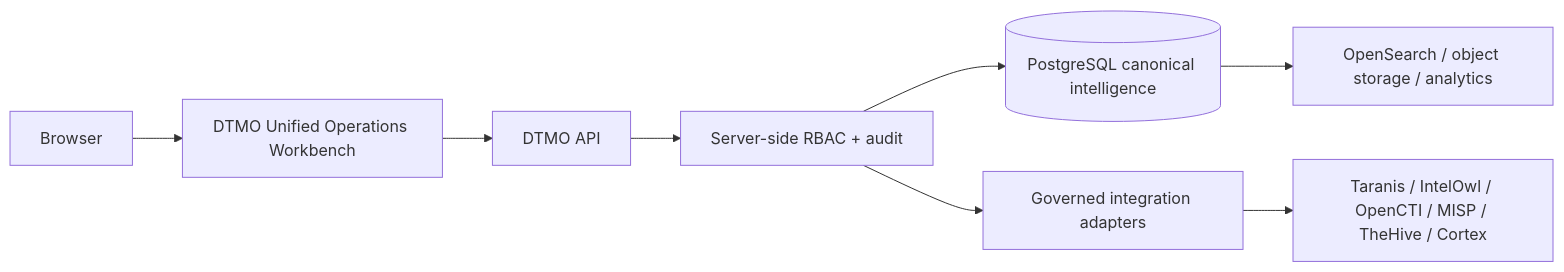
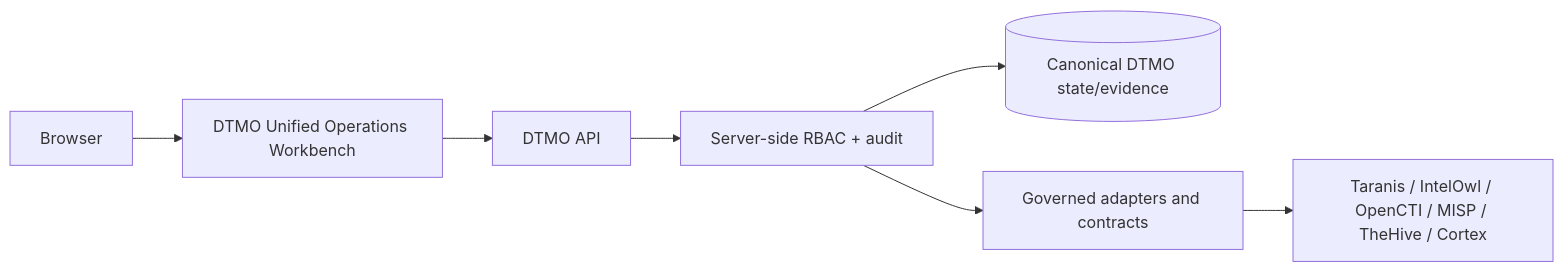
The diagram in README.md (GJvManen/dtmo), drawn with Mermaid before and after one commit. The commit also changed other lines of this file, not shown here.

````diff
--- a/README.md
+++ b/README.md
@@ -65,10 +38,9 @@
 ```mermaid
 flowchart LR
     B[Browser] --> W[DTMO Unified Operations Workbench]
     W --> A[DTMO API]
     A --> R[Server-side RBAC + audit]
-    R --> D[(PostgreSQL canonical intelligence)]
-    R --> G[Governed integration adapters]
+    R --> D[(Canonical DTMO state/evidence)]
+    R --> G[Governed adapters and contracts]
     G --> S[Taranis / IntelOwl / OpenCTI / MISP / TheHive / Cortex]
-    D --> O[OpenSearch / object storage / analytics]
 ```
````
